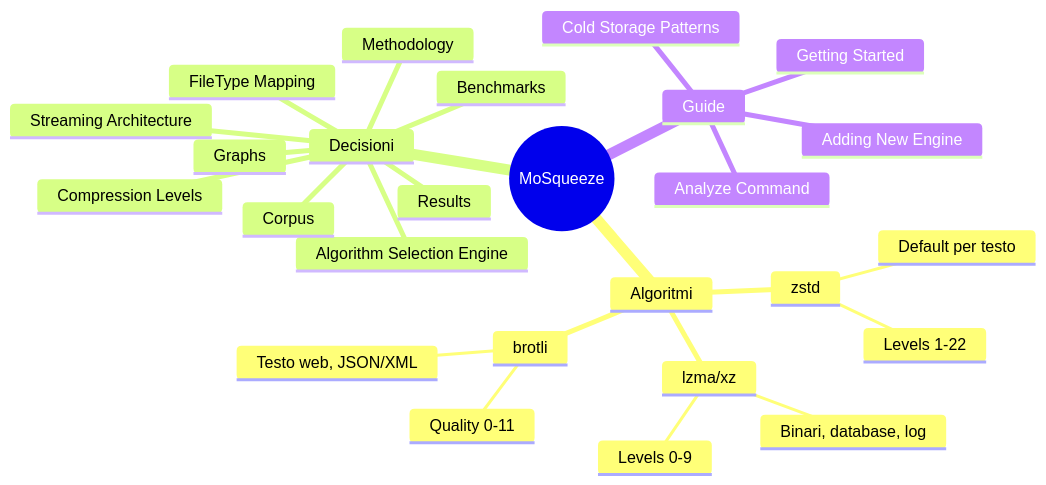
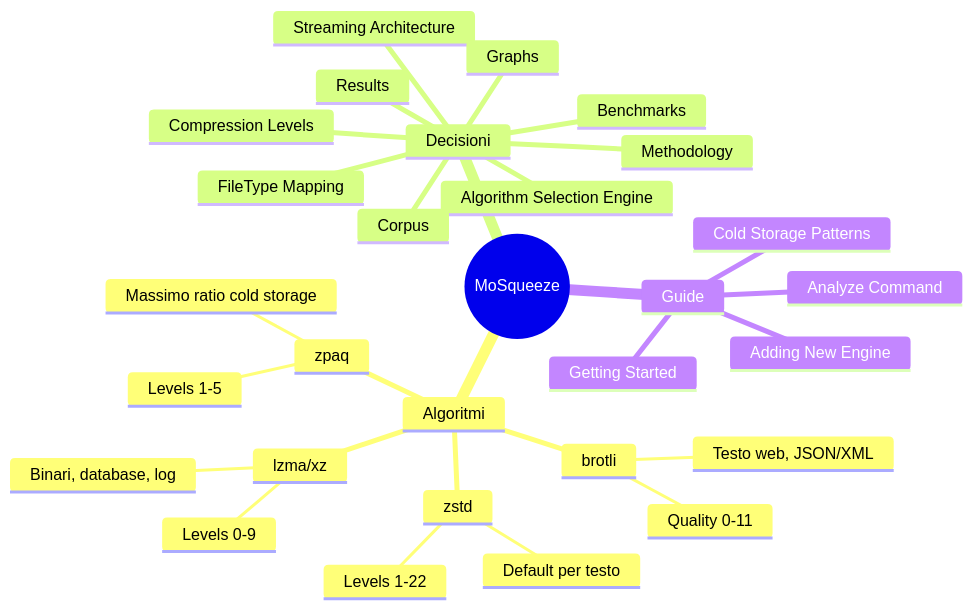
Before and after one commit to fathorMB/MoSqueeze: the diagram in docs/wiki/index.md, drawn with Mermaid. The commit also changed other lines of this file and 20 other files, not shown here.

````diff
--- a/docs/wiki/index.md
+++ b/docs/wiki/index.md
@@ -11,29 +11,32 @@
 ```mermaid
 mindmap
   root((MoSqueeze))
     Algoritmi
       zstd
         Default per testo
         Levels 1-22
       lzma/xz
           Binari, database, log
           Levels 0-9
       brotli
           Testo web, JSON/XML
           Quality 0-11
+      zpaq
+          Massimo ratio cold storage
+          Levels 1-5
     Decisioni
       FileType Mapping
       Streaming Architecture
       Compression Levels
       Algorithm Selection Engine
       Benchmarks
       Methodology
       Corpus
       Results
       Graphs
     Guide
       Getting Started
       Adding New Engine
       Cold Storage Patterns
       Analyze Command
 ```
````
